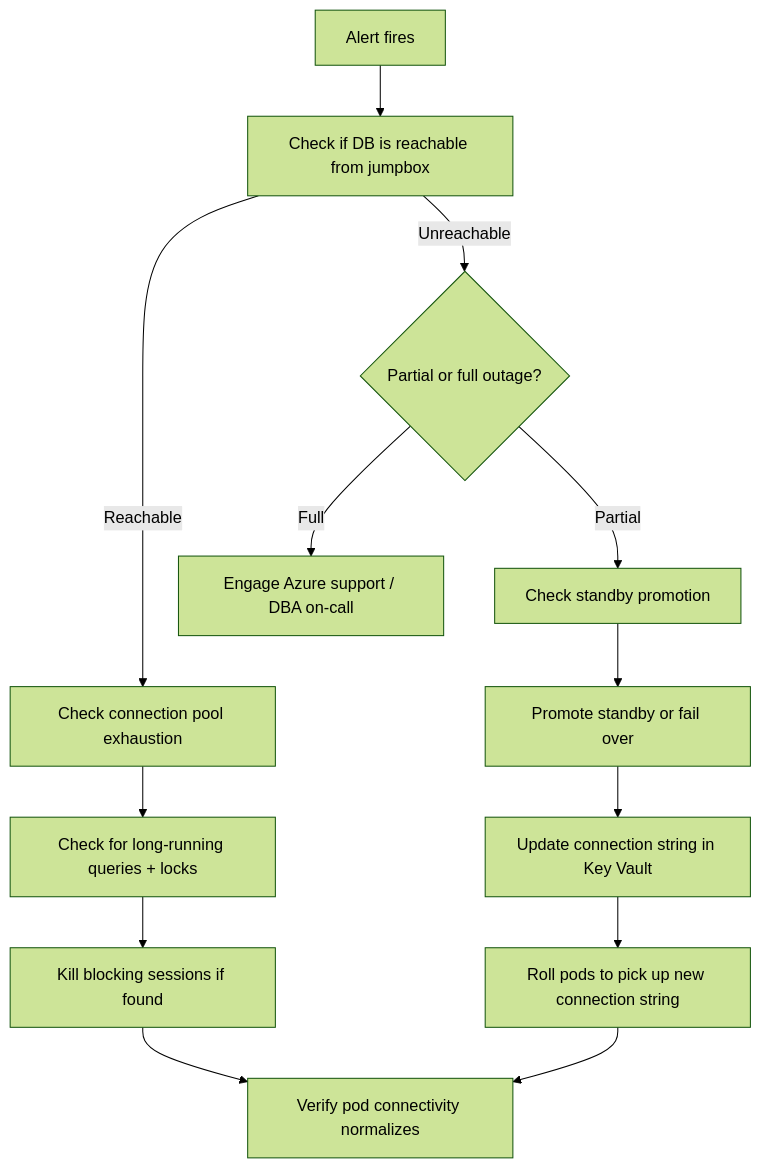
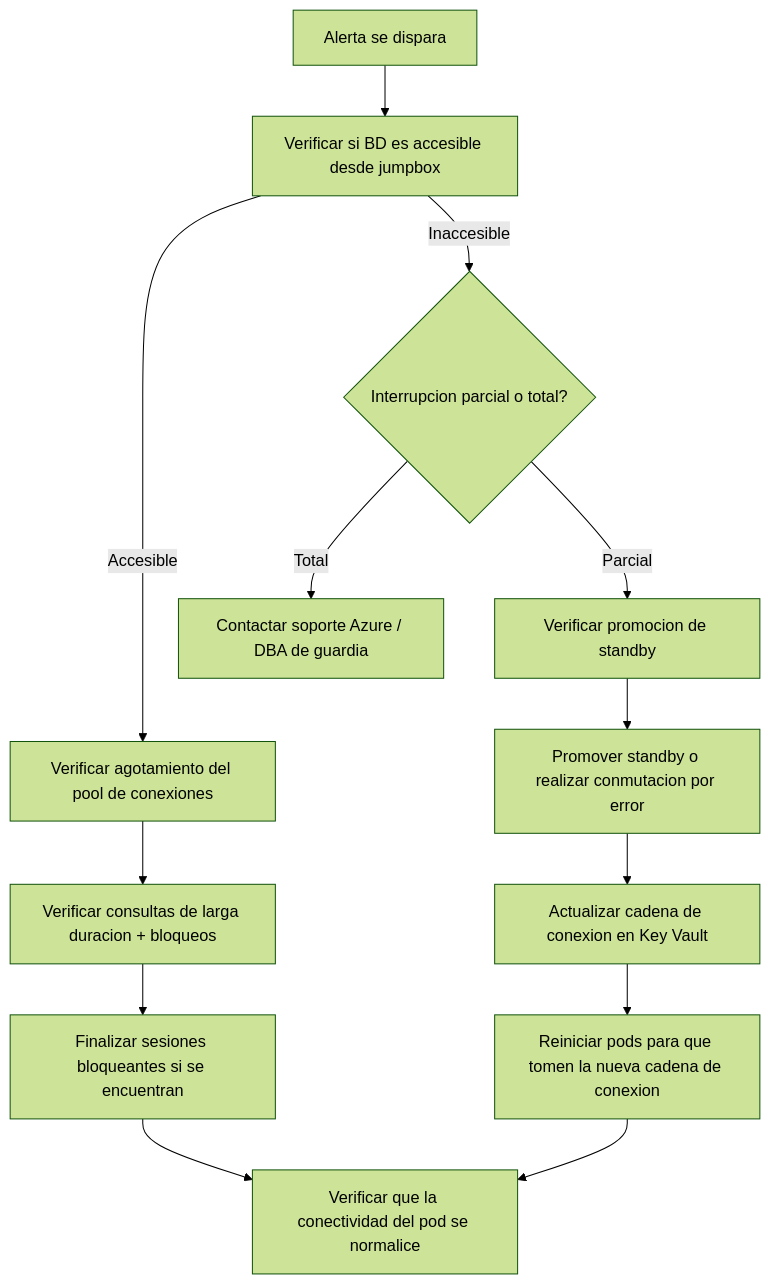
One commit to nalyd2/users-demo-backstage changed the third of 5 diagrams in docs/runbooks/incident-response.md. Above: the diagram before and after it, drawn with Mermaid (forest theme). The commit also changed other lines of this file and 52 other files, not shown here.

````diff
--- a/docs/runbooks/incident-response.md
+++ b/docs/runbooks/incident-response.md
@@ -278,15 +278,15 @@
 ```mermaid
 flowchart TD
-    A[Alert fires] --> B[Check if DB is reachable from jumpbox]
-    B -- Reachable --> C[Check connection pool exhaustion]
-    C --> D[Check for long-running queries + locks]
-    D --> E[Kill blocking sessions if found]
-    E --> F[Verify pod connectivity normalizes]
-    B -- Unreachable --> G{Partial or full outage?}
-    G -- Partial --> H[Check standby promotion]
-    G -- Full --> I[Engage Azure support / DBA on-call]
-    H --> J[Promote standby or fail over]
-    J --> K[Update connection string in Key Vault]
-    K --> L[Roll pods to pick up new connection string]
+    A[Alerta se dispara] --> B[Verificar si BD es accesible desde jumpbox]
+    B -- Accesible --> C[Verificar agotamiento del pool de conexiones]
+    C --> D[Verificar consultas de larga duracion + bloqueos]
+    D --> E[Finalizar sesiones bloqueantes si se encuentran]
+    E --> F[Verificar que la conectividad del pod se normalice]
+    B -- Inaccesible --> G{Interrupcion parcial o total?}
+    G -- Parcial --> H[Verificar promocion de standby]
+    G -- Total --> I[Contactar soporte Azure / DBA de guardia]
+    H --> J[Promover standby o realizar conmutacion por error]
+    J --> K[Actualizar cadena de conexion en Key Vault]
+    K --> L[Reiniciar pods para que tomen la nueva cadena de conexion]
     L --> F
 ```
````
